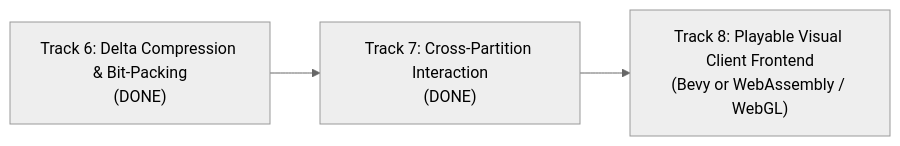
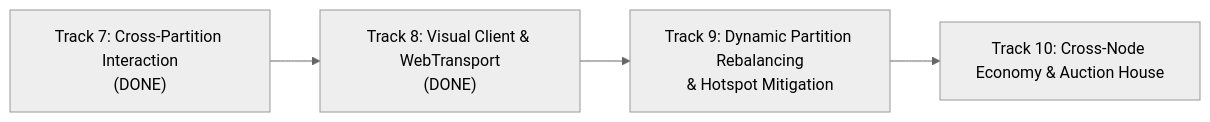
The diagram in ROADMAP.md (Jakousa/rust-server), drawn with Mermaid (neutral theme) before and after one commit. The commit also changed other lines of this file and 31 other files, not shown here.

First line of the commit message:
feat(track8): visual client frontend & webtransport gateway ingress (#7)

````diff
--- a/ROADMAP.md
+++ b/ROADMAP.md
@@ -91,5 +101,6 @@
 ```mermaid
 flowchart LR
-    T6["Track 6: Delta Compression & Bit-Packing\n(DONE)"] --> T7["Track 7: Cross-Partition Interaction\n(DONE)"]
-    T7 --> T8["Track 8: Playable Visual Client Frontend\n(Bevy or WebAssembly / WebGL)"]
+    T7["Track 7: Cross-Partition Interaction\n(DONE)"] --> T8["Track 8: Visual Client & WebTransport\n(DONE)"]
+    T8 --> T9["Track 9: Dynamic Partition Rebalancing\n& Hotspot Mitigation"]
+    T9 --> T10["Track 10: Cross-Node Economy & Auction House"]
 ```
````
